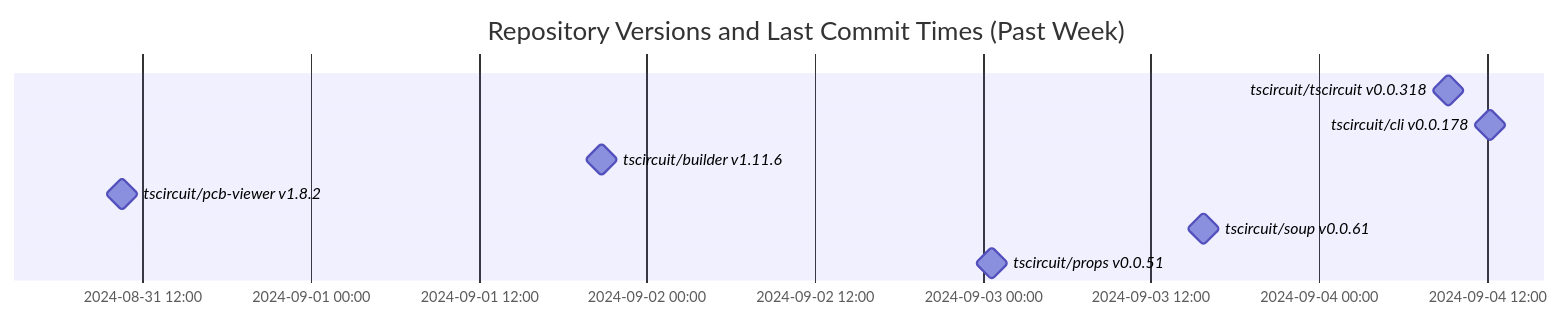
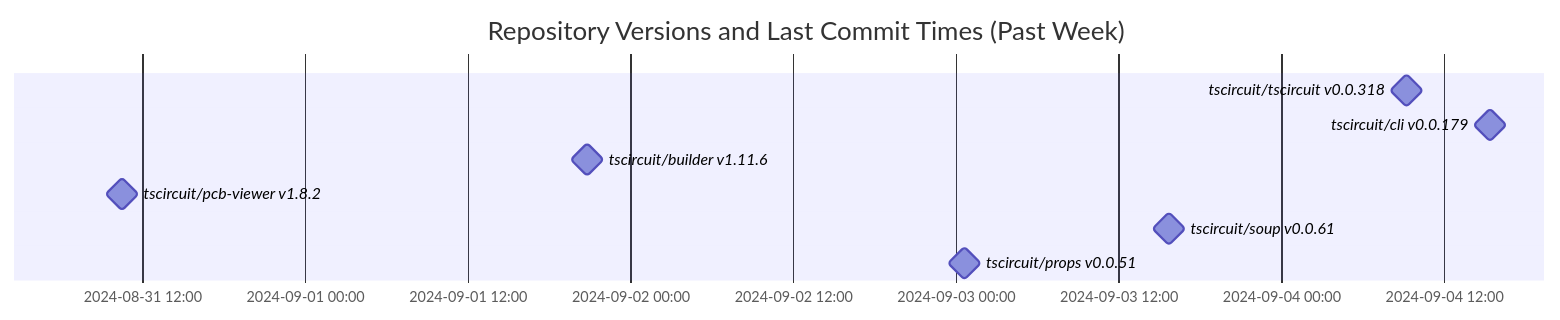
One commit to tscircuit/version-tracker changed the diagram in README.md. Above: the diagram before and after it, drawn with Mermaid.

Commit message:
Update chart

````diff
--- a/README.md
+++ b/README.md
@@ -1,13 +1,13 @@
 ```mermaid
 gantt
   dateFormat  YYYY-MM-DD HH:mm:ss
   title Repository Versions and Last Commit Times (Past Week)
   axisFormat %Y-%m-%d %H:%M
 
   tscircuit/tscircuit v0.0.318 : milestone, 2024-09-04 09:16:13, 1s
-  tscircuit/cli v0.0.178 : milestone, 2024-09-04 12:14:12, 1s
+  tscircuit/cli v0.0.179 : milestone, 2024-09-04 15:24:17, 1s
   tscircuit/builder v1.11.6 : milestone, 2024-09-01 20:47:46, 1s
   tscircuit/pcb-viewer v1.8.2 : milestone, 2024-08-31 10:30:56, 1s
   tscircuit/soup v0.0.61 : milestone, 2024-09-03 15:44:43, 1s
   tscircuit/props v0.0.51 : milestone, 2024-09-03 00:38:45, 1s
 ```
````
